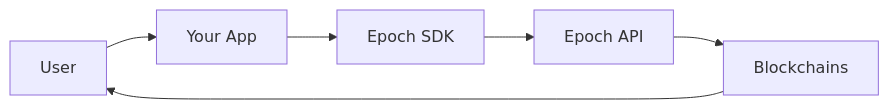
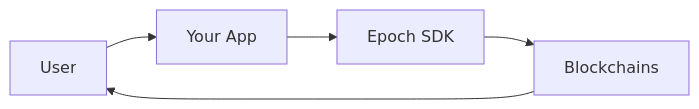
Before and after one commit to epochprotocol/docs-new: the diagram in README.md, drawn with Mermaid. The commit also changed other lines of this file and 23 other files, not shown here.

````diff
--- a/README.md
+++ b/README.md
@@ -15,14 +15,12 @@
 ```mermaid
 flowchart LR
   User[User]
   App[Your App]
   SDK[Epoch SDK]
-  API[Epoch API]
   Chain[Blockchains]
 
   User --> App
   App --> SDK
-  SDK --> API
-  API --> Chain
+  SDK --> Chain
   Chain --> User
 ```
````
